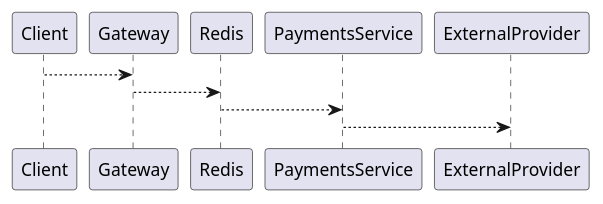
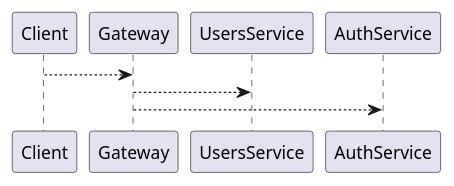
One commit to ratel4150/TB changed the diagram in README.md. Above: the diagram before and after it, drawn with PlantUML. The commit also changed other lines of this file, not shown here.

```diff
--- a/README.md
+++ b/README.md
@@ -165,6 +191,5 @@
 @startuml
 Client --> Gateway
-Gateway --> Redis
-Redis --> PaymentsService
-PaymentsService --> ExternalProvider
+Gateway --> UsersService
+Gateway --> AuthService
 @enduml
```
